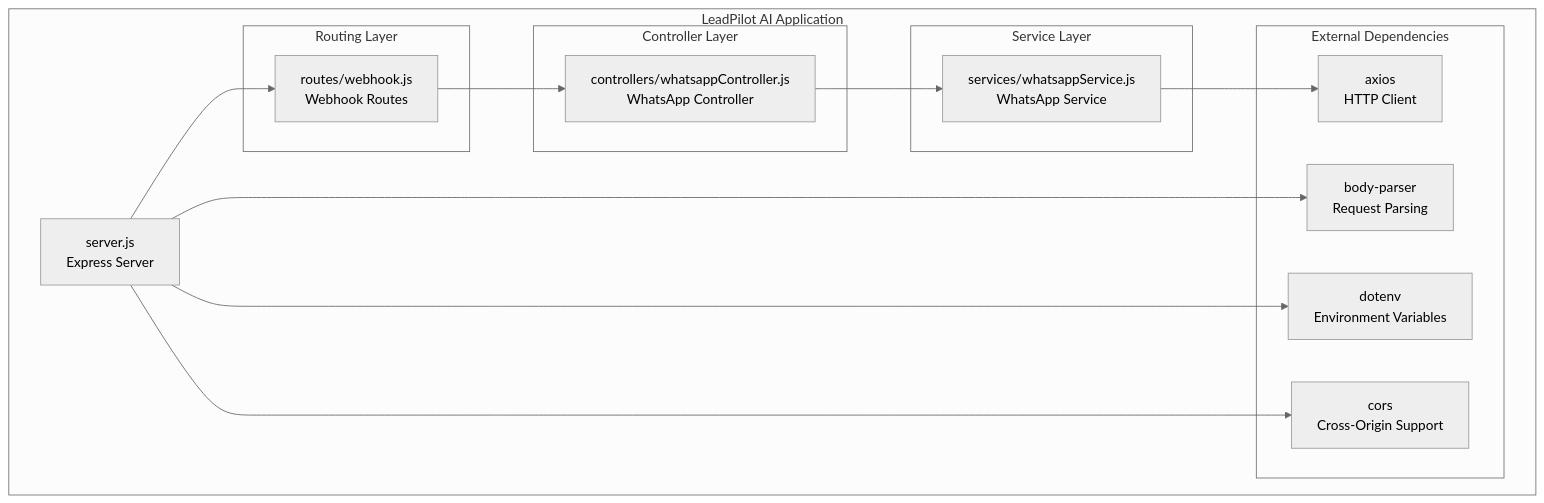
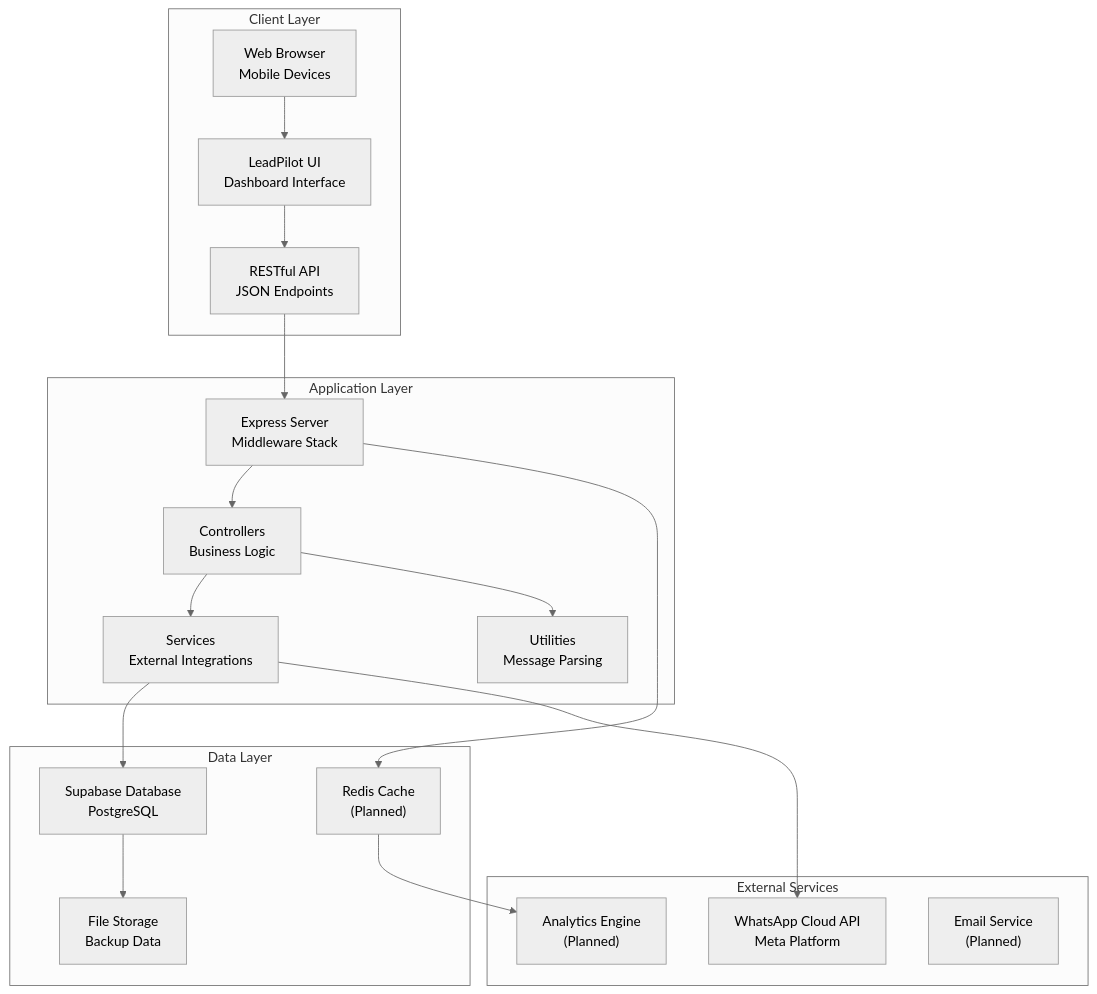
The second of 8 diagrams in .qoder/repowiki/en/content/Project Overview.md (hariom-wdsadhunik/SaaS-Project), drawn with Mermaid (neutral theme) before and after one commit. The commit also changed other lines of this file and 13 other files, not shown here.

First line of the commit message:
feat(api): integrate lead management and real-time dashboard UI

````diff
--- a/.qoder/repowiki/en/content/Project Overview.md
+++ b/.qoder/repowiki/en/content/Project Overview.md
@@ -31,28 +137,35 @@
 ```mermaid
 graph TB
-subgraph "LeadPilot AI Application"
-Server["server.js<br/>Express Server"]
-subgraph "Routing Layer"
-WebhookRoute["routes/webhook.js<br/>Webhook Routes"]
+subgraph "Client Layer"
+Browser["Web Browser<br/>Mobile Devices"]
+Dashboard["LeadPilot UI<br/>Dashboard Interface"]
+API["RESTful API<br/>JSON Endpoints"]
 end
-subgraph "Controller Layer"
-WhatsAppController["controllers/whatsappController.js<br/>WhatsApp Controller"]
+subgraph "Application Layer"
+Server["Express Server<br/>Middleware Stack"]
+Controllers["Controllers<br/>Business Logic"]
+Services["Services<br/>External Integrations"]
+Utils["Utilities<br/>Message Parsing"]
 end
-subgraph "Service Layer"
-WhatsAppService["services/whatsappService.js<br/>WhatsApp Service"]
+subgraph "Data Layer"
+Supabase["Supabase Database<br/>PostgreSQL"]
+Storage["File Storage<br/>Backup Data"]
+Cache["Redis Cache<br/>(Planned)"]
 end
-subgraph "External Dependencies"
-Axios["axios<br/>HTTP Client"]
-BodyParser["body-parser<br/>Request Parsing"]
-CORS["cors<br/>Cross-Origin Support"]
-DotEnv["dotenv<br/>Environment Variables"]
+subgraph "External Services"
+WhatsApp["WhatsApp Cloud API<br/>Meta Platform"]
+Analytics["Analytics Engine<br/>(Planned)"]
+Email["Email Service<br/>(Planned)"]
 end
-end
-Server --> WebhookRoute
-WebhookRoute --> WhatsAppController
-WhatsAppController --> WhatsAppService
-WhatsAppService --> Axios
-Server --> BodyParser
-Server --> DotEnv
-Server --> CORS
+Browser --> Dashboard
+Dashboard --> API
+API --> Server
+Server --> Controllers
+Controllers --> Services
+Controllers --> Utils
+Services --> Supabase
+Services --> WhatsApp
+Supabase --> Storage
+Server --> Cache
+Cache --> Analytics
 ```
````
